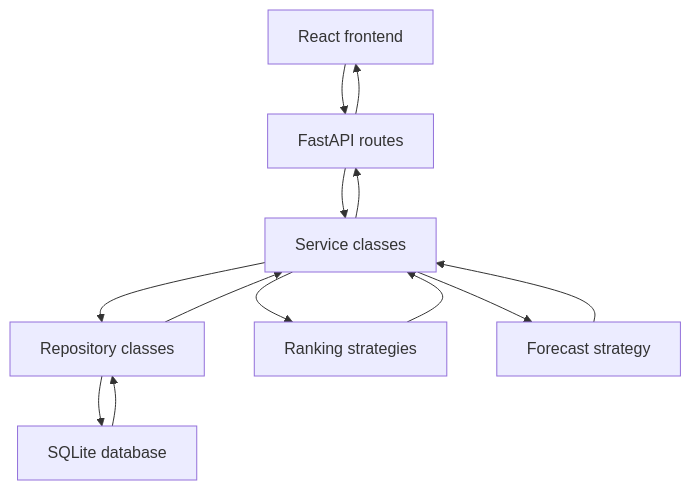
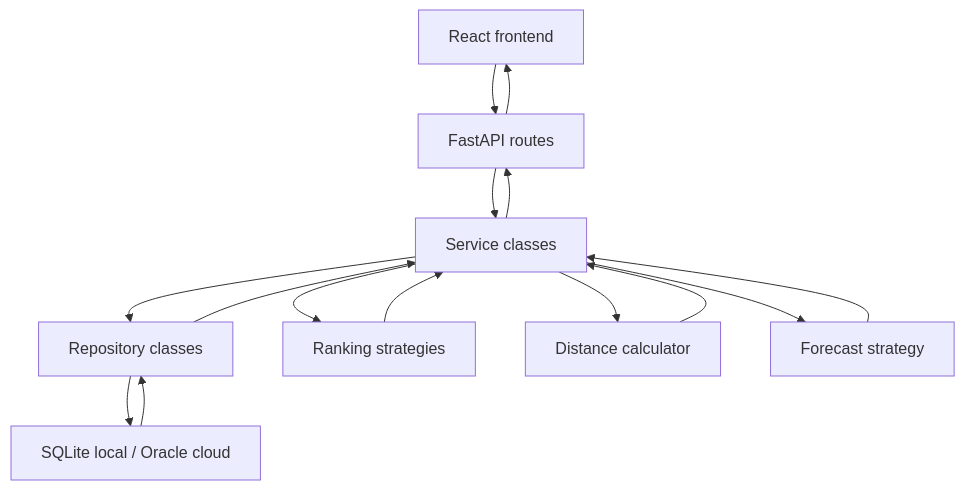
Before and after one commit to Arthemisto/FuelFinder: the second of 4 diagrams in BACKEND_DESIGN.md, drawn with Mermaid. The commit also changed other lines of this file and 1 other file, not shown here.

````diff
--- a/BACKEND_DESIGN.md
+++ b/BACKEND_DESIGN.md
@@ -521,17 +1124,19 @@
 ```mermaid
 flowchart TD
   Frontend["React frontend"] --> Routes["FastAPI routes"]
   Routes --> Services["Service classes"]
   Services --> Repositories["Repository classes"]
-  Repositories --> Database["SQLite database"]
+  Repositories --> Database["SQLite local / Oracle cloud"]
 
   Services --> Ranking["Ranking strategies"]
+  Services --> Distance["Distance calculator"]
   Services --> Forecast["Forecast strategy"]
 
   Database --> Repositories
   Repositories --> Services
   Ranking --> Services
+  Distance --> Services
   Forecast --> Services
   Services --> Routes
   Routes --> Frontend
 ```
````
